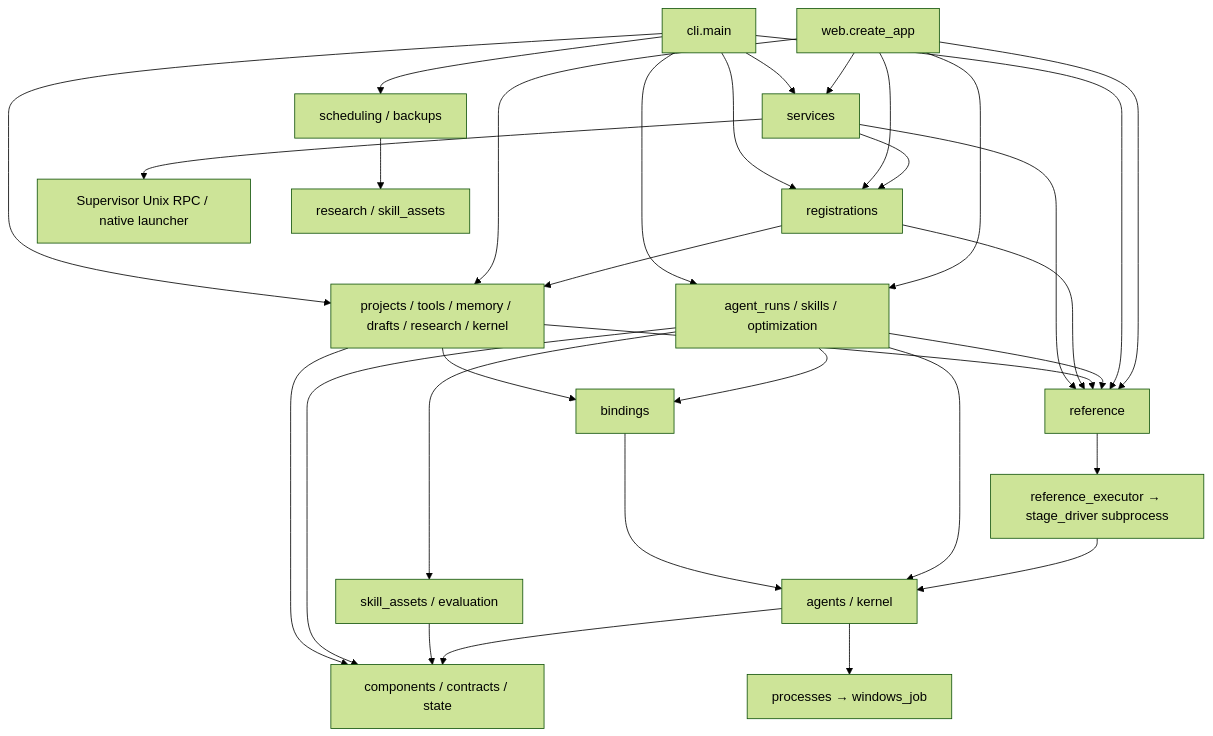
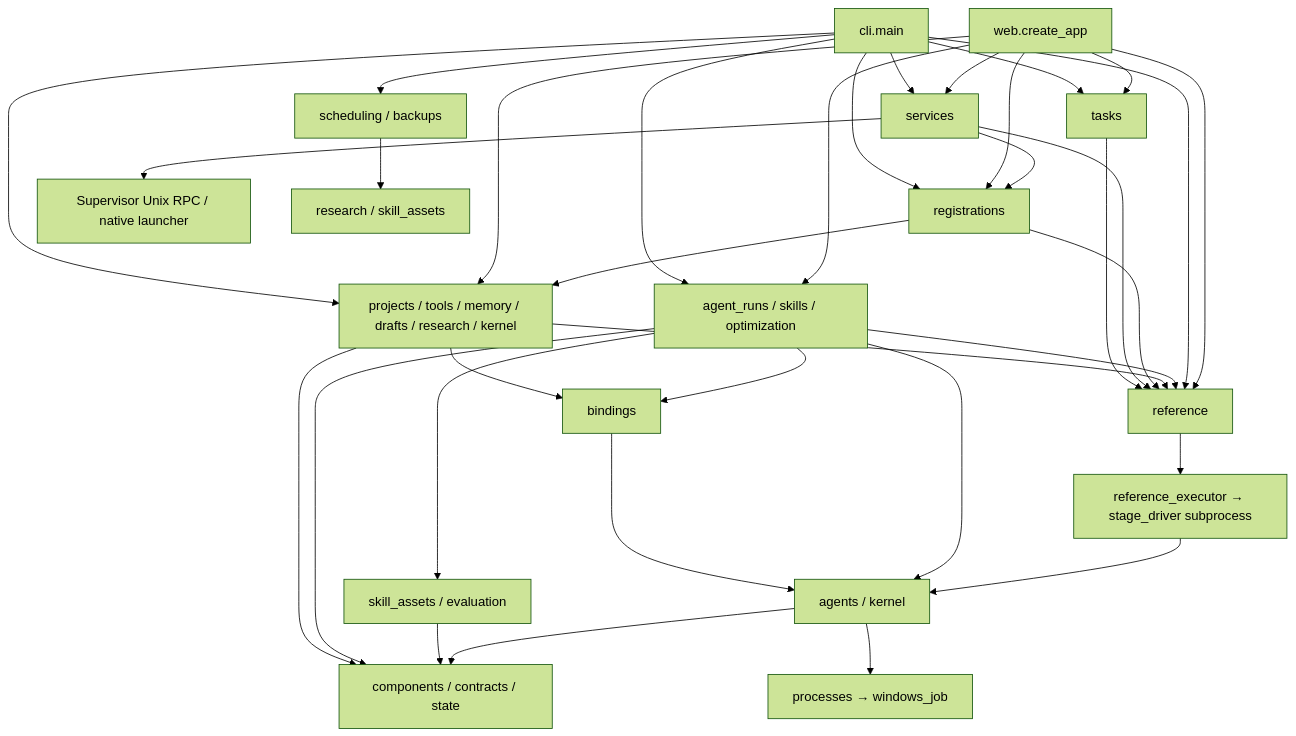
One commit to 626619403/Ergora changed the first of 4 diagrams in docs/architecture/current.md. Above: the diagram before and after it, drawn with Mermaid (forest theme). The commit also changed other lines of this file and 14 other files, not shown here.

````diff
--- a/docs/architecture/current.md
+++ b/docs/architecture/current.md
@@ -9,34 +9,37 @@
 ```mermaid
 flowchart TB
   CLI[cli.main] --> Query[projects / tools / memory / drafts / research / kernel]
   Web[web.create_app] --> Query
   CLI --> Registration[registrations]
   Web --> Registration
   Registration --> Query
   CLI --> Services[services]
   Web --> Services
+  CLI --> Tasks[tasks]
+  Web --> Tasks
+  Tasks --> Ref
   Services --> Registration
   Services --> Ref
   Services --> Supervisor[Supervisor Unix RPC / native launcher]
   Registration --> Ref
   CLI --> Uses[agent_runs / skills / optimization]
   Web --> Uses
   Uses --> Assets[skill_assets / evaluation]
   Query --> Bindings[bindings]
   Uses --> Bindings
   Bindings --> Native[agents / kernel]
   Uses --> Native
   Native --> Processes[processes → windows_job]
   CLI --> Optional[scheduling / backups]
   Optional --> Research[research / skill_assets]
   Query --> Ref[reference]
   Uses --> Ref
   CLI --> Ref
   Web --> Ref
   Ref --> Bridge[reference_executor → stage_driver subprocess]
   Bridge --> Native
   Query --> Foundations[components / contracts / state]
   Uses --> Foundations
   Assets --> Foundations
   Native --> Foundations
 ```
````
